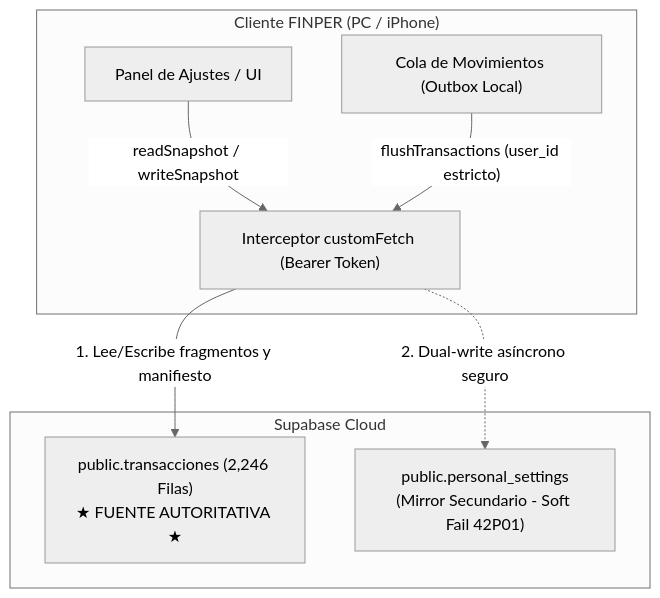
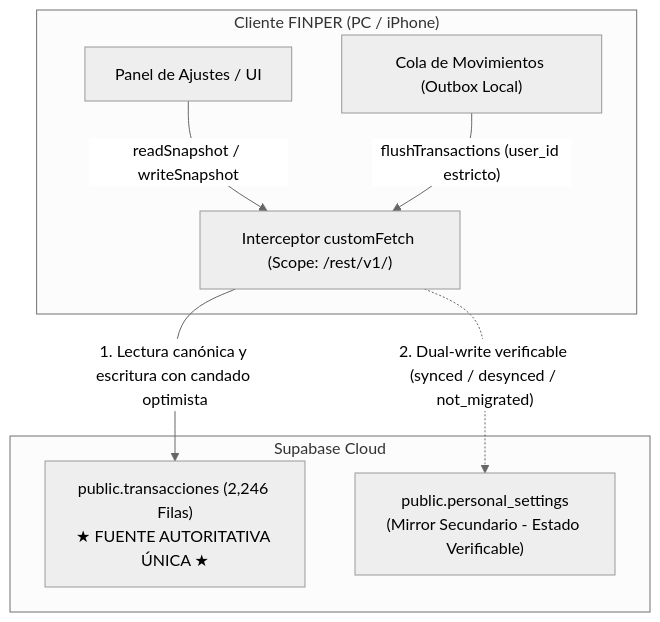
Before and after one commit to LuisRomero20/Finanzas: the diagram in docs/FINPER_V202_SYNC_RECOVERY.md, drawn with Mermaid (neutral theme). The commit also changed other lines of this file and 8 other files, not shown here.

Commit message:
fix(sync): eliminate blind UPDATE on 23505, restrict customFetch to /rest/v1/, enforce authoritative transacciones source of truth, and add 6 race/collision tests

````diff
--- a/docs/FINPER_V202_SYNC_RECOVERY.md
+++ b/docs/FINPER_V202_SYNC_RECOVERY.md
@@ -14,18 +14,18 @@
 ```mermaid
 flowchart TD
     subgraph Cliente["Cliente FINPER (PC / iPhone)"]
         UI["Panel de Ajustes / UI"]
         Outbox["Cola de Movimientos (Outbox Local)"]
-        Interceptor["Interceptor customFetch (Bearer Token)"]
+        Interceptor["Interceptor customFetch (Scope: /rest/v1/)"]
     end
 
     subgraph Supabase["Supabase Cloud"]
-        Transacciones["public.transacciones (2,246 Filas)<br/>★ FUENTE AUTORITATIVA ★"]
-        PersonalSettings["public.personal_settings<br/>(Mirror Secundario - Soft Fail 42P01)"]
+        Transacciones["public.transacciones (2,246 Filas)<br/>★ FUENTE AUTORITATIVA ÚNICA ★"]
+        PersonalSettings["public.personal_settings<br/>(Mirror Secundario - Estado Verificable)"]
     end
 
     UI -->|"readSnapshot / writeSnapshot"| Interceptor
     Outbox -->|"flushTransactions (user_id estricto)"| Interceptor
-    Interceptor -->|"1. Lee/Escribe fragmentos y manifiesto"| Transacciones
-    Interceptor -.->|"2. Dual-write asíncrono seguro"| PersonalSettings
+    Interceptor -->|"1. Lectura canónica y escritura con candado optimista"| Transacciones
+    Interceptor -.->|"2. Dual-write verificable (synced / desynced / not_migrated)"| PersonalSettings
 ```
````
